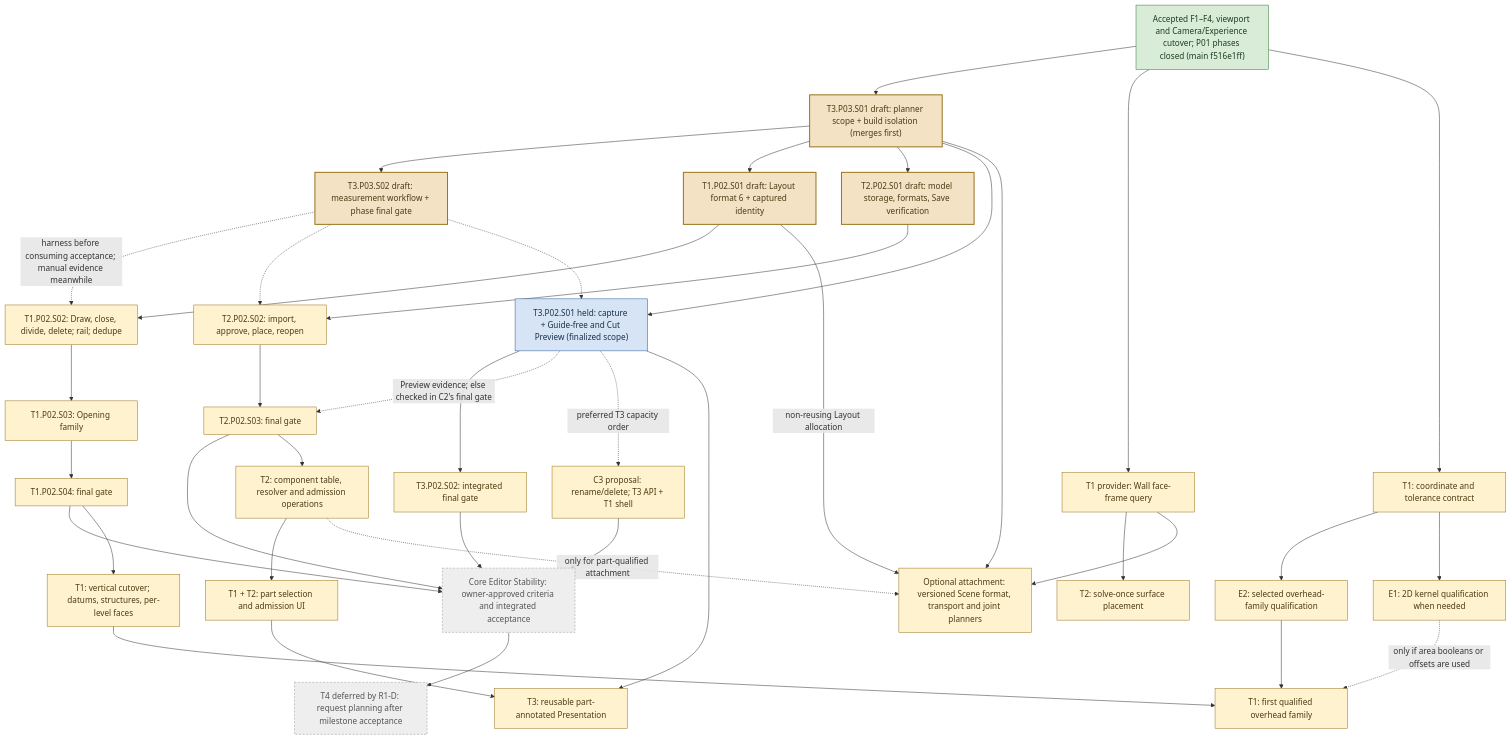
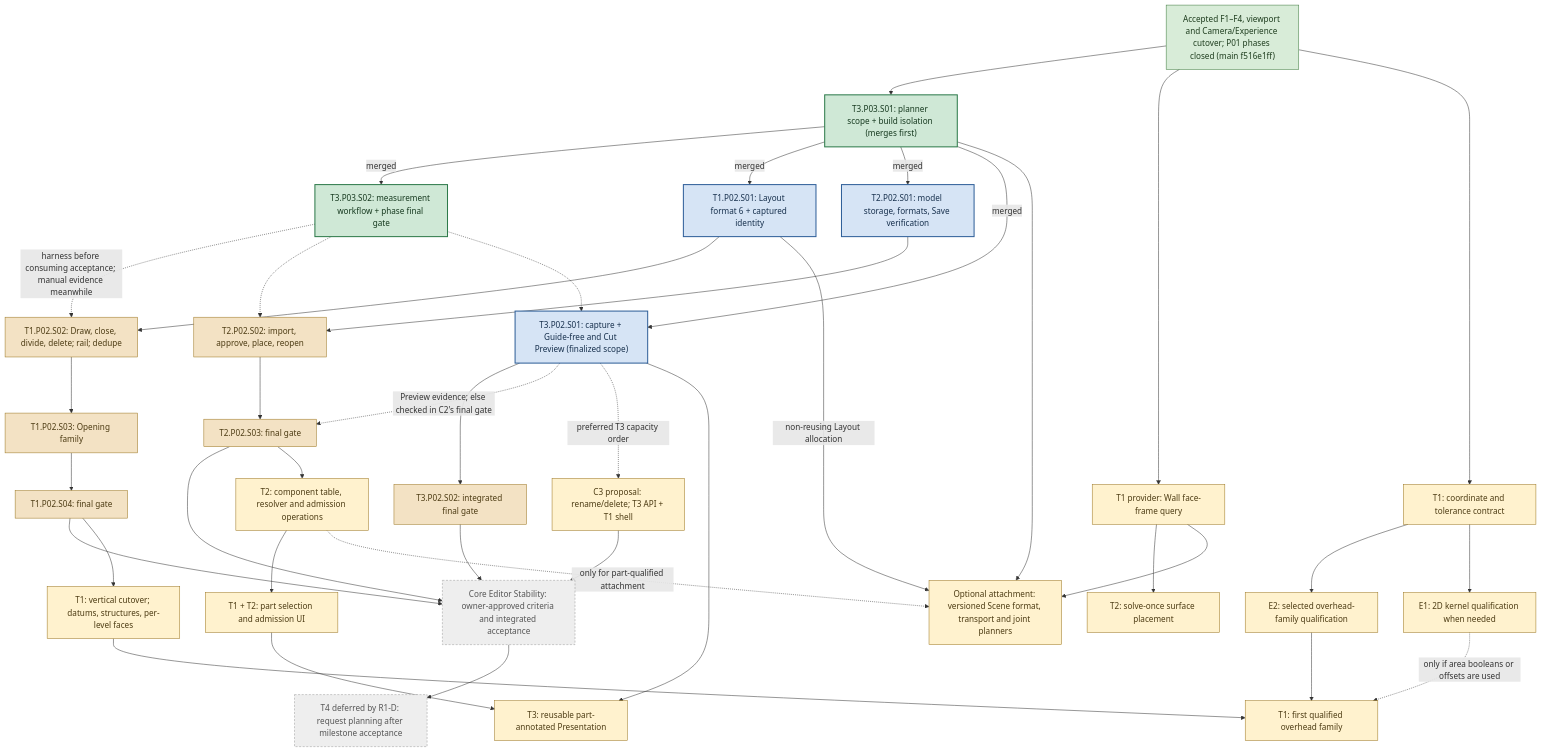
The first of 5 diagrams in docs/roadmap/cross-track-execution.md (Biskiq/spatial-sketch-editor), drawn with Mermaid before and after one commit. The commit also changed other lines of this file and 41 other files, not shown here.

First line of the commit message:
docs(roadmap): record batch E decisions and register T3.P03, T1.P02, T2.P02

````diff
--- a/docs/roadmap/cross-track-execution.md
+++ b/docs/roadmap/cross-track-execution.md
@@ -221,76 +223,78 @@
 ```mermaid
 flowchart TD
   BASE["Accepted F1–F4, viewport and Camera/Experience cutover; P01 phases closed (main f516e1ff)"]
-  H0A["T3.P03.S01 draft: planner scope + build isolation (merges first)"]
-  H0B["T3.P03.S02 draft: measurement workflow + phase final gate"]
-  C1A["T1.P02.S01 draft: Layout format 6 + captured identity"]
+  H0A["T3.P03.S01: planner scope + build isolation (merges first)"]
+  H0B["T3.P03.S02: measurement workflow + phase final gate"]
+  C1A["T1.P02.S01: Layout format 6 + captured identity"]
   C1B["T1.P02.S02: Draw, close, divide, delete; rail; dedupe"]
   C1C["T1.P02.S03: Opening family"]
   C1G["T1.P02.S04: final gate"]
-  C2A["T2.P02.S01 draft: model storage, formats, Save verification"]
+  C2A["T2.P02.S01: model storage, formats, Save verification"]
   C2B["T2.P02.S02: import, approve, place, reopen"]
   C2G["T2.P02.S03: final gate"]
-  PV["T3.P02.S01 held: capture + Guide-free and Cut Preview (finalized scope)"]
+  PV["T3.P02.S01: capture + Guide-free and Cut Preview (finalized scope)"]
   PG["T3.P02.S02: integrated final gate"]
   LC["C3 proposal: rename/delete; T3 API + T1 shell"]
   CES["Core Editor Stability: owner-approved criteria and integrated acceptance"]
   REL["T4 deferred by R1-D: request planning after milestone acceptance"]
   BASE --> H0A
-  H0A --> H0B
-  H0A --> C1A
-  H0A --> C2A
-  H0A --> PV
+  H0A -->|merged| H0B
+  H0A -->|merged| C1A
+  H0A -->|merged| C2A
+  H0A -->|merged| PV
   C1A --> C1B --> C1C --> C1G
   C2A --> C2B --> C2G
   PV --> PG
   H0B -.->|harness before consuming acceptance; manual evidence meanwhile| C1B
   H0B -.-> C2B
   H0B -.-> PV
   PV -.->|Preview evidence; else checked in C2's final gate| C2G
   PV -.->|preferred T3 capacity order| LC
   C1G --> CES
   C2G --> CES
   PG --> CES
   LC --> CES
   CES --> REL
 
   FACE["T1 provider: Wall face-frame query"]
   PLACE["T2: solve-once surface placement"]
   PART["T2: component table, resolver and admission operations"]
   PICK["T1 + T2: part selection and admission UI"]
   ANNO["T3: reusable part-annotated Presentation"]
   VERT["T1: vertical cutover; datums, structures, per-level faces"]
   TOL["T1: coordinate and tolerance contract"]
   E2["E2: selected overhead-family qualification"]
   E1["E1: 2D kernel qualification when needed"]
   ROOF["T1: first qualified overhead family"]
   ATT["Optional attachment: versioned Scene format, transport and joint planners"]
   BASE --> FACE
   FACE --> PLACE
   C2G --> PART
   PART --> PICK
   PICK --> ANNO
   PV --> ANNO
   C1G --> VERT
   BASE --> TOL
   TOL --> E2
   TOL --> E1
   E2 --> ROOF
   VERT --> ROOF
   E1 -.->|only if area booleans or offsets are used| ROOF
   H0A --> ATT
   FACE --> ATT
   C1A -->|non-reusing Layout allocation| ATT
   PART -.->|only for part-qualified attachment| ATT
 
   classDef accepted fill:#d8ecd8,stroke:#3c7a3c,color:#1e3d1e
-  classDef draft fill:#f3e2c4,stroke:#9b7621,color:#4c3b13,stroke-width:2px
+  classDef released fill:#cfe8d6,stroke:#2d7a4a,color:#16391f,stroke-width:2px
+  classDef gated fill:#d6e4f5,stroke:#2f5f99,color:#17304d,stroke-width:2px
+  classDef registered fill:#f3e2c4,stroke:#9b7621,color:#4c3b13
   classDef proposed fill:#fff2ce,stroke:#9b7621,color:#4c3b13
-  classDef held fill:#d6e4f5,stroke:#2f5f99,color:#17304d
   classDef deferred fill:#eeeeee,stroke:#999999,color:#555555,stroke-dasharray:4 3
   class BASE accepted
-  class H0A,H0B,C1A,C2A draft
-  class C1B,C1C,C1G,C2B,C2G,PG,LC,FACE,PLACE,PART,PICK,ANNO,VERT,TOL,E2,E1,ROOF,ATT proposed
-  class PV held
+  class H0A,H0B released
+  class C1A,C2A,PV gated
+  class C1B,C1C,C1G,C2B,C2G,PG registered
+  class LC,FACE,PLACE,PART,PICK,ANNO,VERT,TOL,E2,E1,ROOF,ATT proposed
   class CES,REL deferred
 ```
````
